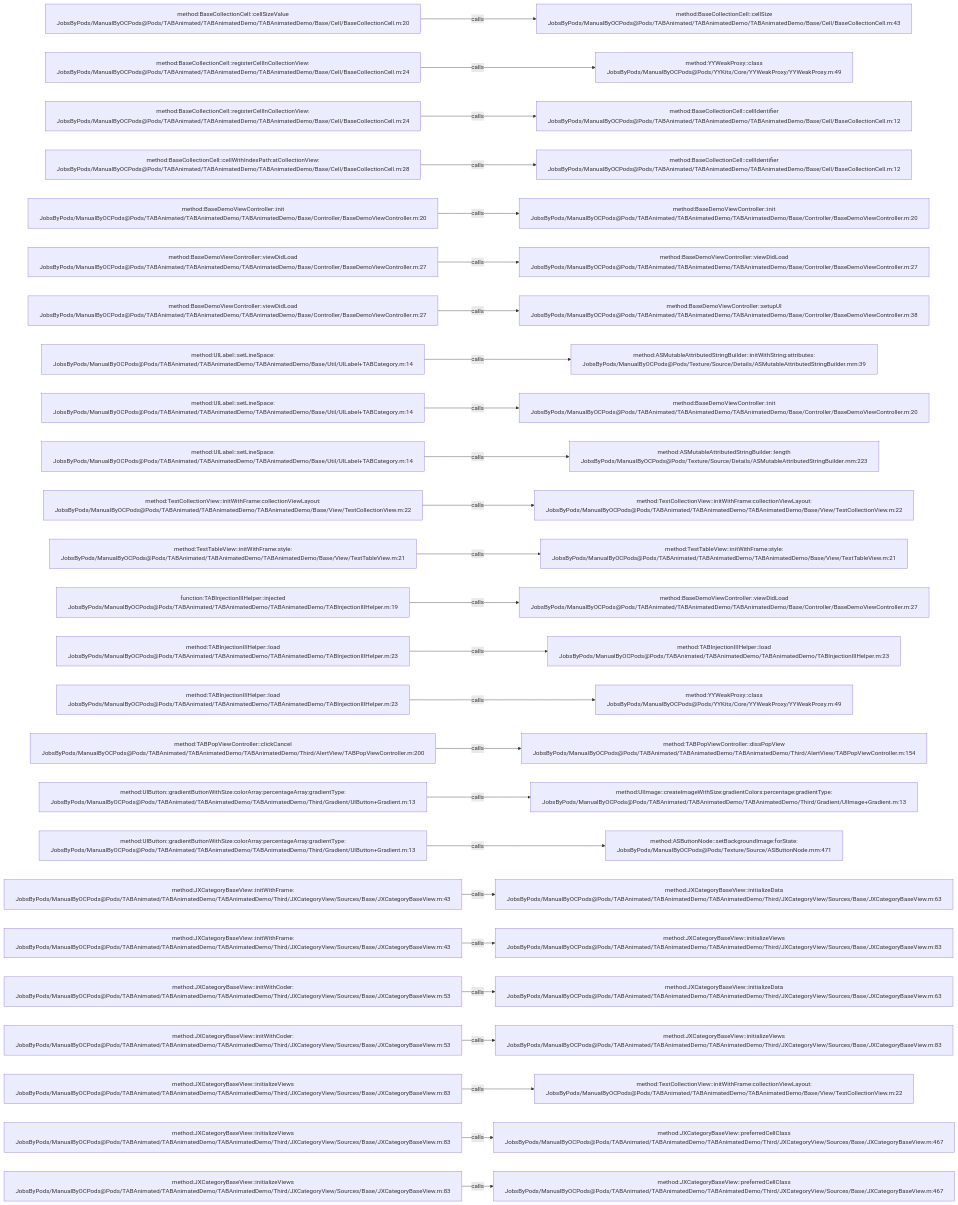
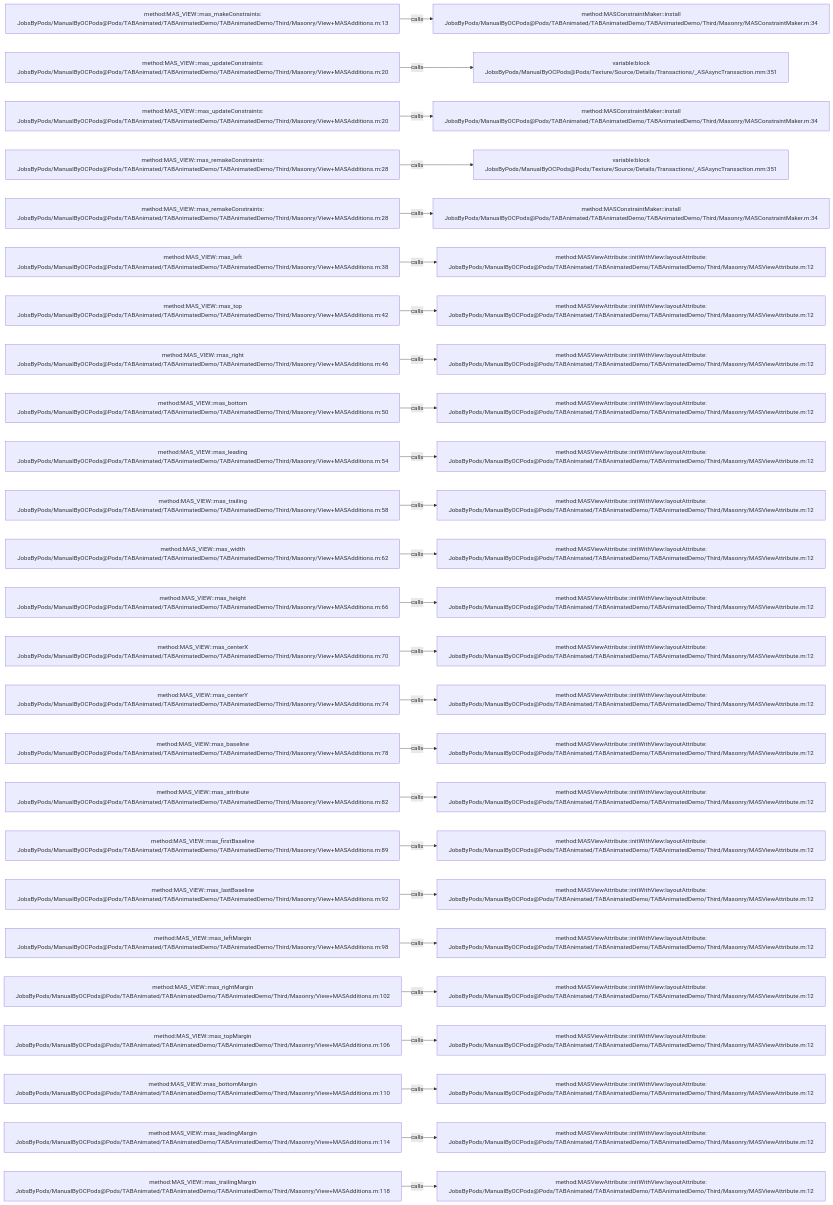
One commit to JobsKits/JobsOCBaseConfigDemo changed the diagram in .codegraph/codegraph.md/graphs/calls-048.md. Above: the diagram before and after it, drawn with Mermaid. The commit also changed 1223 other files, not shown here.

````diff
--- a/.codegraph/codegraph.md/graphs/calls-048.md
+++ b/.codegraph/codegraph.md/graphs/calls-048.md
@@ -13,78 +13,78 @@
 ```mermaid
 flowchart LR
-  S1["method:BaseCollectionCell::cellSizeValue<br/>JobsByPods/ManualByOCPods@Pods/TABAnimated/TABAnimatedDemo/TABAnimatedDemo/Base/Cell/BaseCollectionCell.m:20"]
-  T1["method:BaseCollectionCell::cellSize<br/>JobsByPods/ManualByOCPods@Pods/TABAnimated/TABAnimatedDemo/TABAnimatedDemo/Base/Cell/BaseCollectionCell.m:43"]
+  S1["method:MAS_VIEW::mas_makeConstraints:<br/>JobsByPods/ManualByOCPods@Pods/TABAnimated/TABAnimatedDemo/TABAnimatedDemo/Third/Masonry/View+MASAdditions.m:13"]
+  T1["method:MASConstraintMaker::install<br/>JobsByPods/ManualByOCPods@Pods/TABAnimated/TABAnimatedDemo/TABAnimatedDemo/Third/Masonry/MASConstraintMaker.m:34"]
   S1 -->|calls| T1
-  S2["method:BaseCollectionCell::registerCellInCollectionView:<br/>JobsByPods/ManualByOCPods@Pods/TABAnimated/TABAnimatedDemo/TABAnimatedDemo/Base/Cell/BaseCollectionCell.m:24"]
-  T2["method:YYWeakProxy::class<br/>JobsByPods/ManualByOCPods@Pods/YYKits/Core/YYWeakProxy/YYWeakProxy.m:49"]
+  S2["method:MAS_VIEW::mas_updateConstraints:<br/>JobsByPods/ManualByOCPods@Pods/TABAnimated/TABAnimatedDemo/TABAnimatedDemo/Third/Masonry/View+MASAdditions.m:20"]
+  T2["variable:block<br/>JobsByPods/ManualByOCPods@Pods/Texture/Source/Details/Transactions/_ASAsyncTransaction.mm:351"]
   S2 -->|calls| T2
-  S3["method:BaseCollectionCell::registerCellInCollectionView:<br/>JobsByPods/ManualByOCPods@Pods/TABAnimated/TABAnimatedDemo/TABAnimatedDemo/Base/Cell/BaseCollectionCell.m:24"]
-  T3["method:BaseCollectionCell::cellIdentifier<br/>JobsByPods/ManualByOCPods@Pods/TABAnimated/TABAnimatedDemo/TABAnimatedDemo/Base/Cell/BaseCollectionCell.m:12"]
+  S3["method:MAS_VIEW::mas_updateConstraints:<br/>JobsByPods/ManualByOCPods@Pods/TABAnimated/TABAnimatedDemo/TABAnimatedDemo/Third/Masonry/View+MASAdditions.m:20"]
+  T3["method:MASConstraintMaker::install<br/>JobsByPods/ManualByOCPods@Pods/TABAnimated/TABAnimatedDemo/TABAnimatedDemo/Third/Masonry/MASConstraintMaker.m:34"]
   S3 -->|calls| T3
-  S4["method:BaseCollectionCell::cellWithIndexPath:atCollectionView:<br/>JobsByPods/ManualByOCPods@Pods/TABAnimated/TABAnimatedDemo/TABAnimatedDemo/Base/Cell/BaseCollectionCell.m:28"]
-  T4["method:BaseCollectionCell::cellIdentifier<br/>JobsByPods/ManualByOCPods@Pods/TABAnimated/TABAnimatedDemo/TABAnimatedDemo/Base/Cell/BaseCollectionCell.m:12"]
+  S4["method:MAS_VIEW::mas_remakeConstraints:<br/>JobsByPods/ManualByOCPods@Pods/TABAnimated/TABAnimatedDemo/TABAnimatedDemo/Third/Masonry/View+MASAdditions.m:28"]
+  T4["variable:block<br/>JobsByPods/ManualByOCPods@Pods/Texture/Source/Details/Transactions/_ASAsyncTransaction.mm:351"]
   S4 -->|calls| T4
-  S5["method:BaseDemoViewController::init<br/>JobsByPods/ManualByOCPods@Pods/TABAnimated/TABAnimatedDemo/TABAnimatedDemo/Base/Controller/BaseDemoViewController.m:20"]
-  T5["method:BaseDemoViewController::init<br/>JobsByPods/ManualByOCPods@Pods/TABAnimated/TABAnimatedDemo/TABAnimatedDemo/Base/Controller/BaseDemoViewController.m:20"]
+  S5["method:MAS_VIEW::mas_remakeConstraints:<br/>JobsByPods/ManualByOCPods@Pods/TABAnimated/TABAnimatedDemo/TABAnimatedDemo/Third/Masonry/View+MASAdditions.m:28"]
+  T5["method:MASConstraintMaker::install<br/>JobsByPods/ManualByOCPods@Pods/TABAnimated/TABAnimatedDemo/TABAnimatedDemo/Third/Masonry/MASConstraintMaker.m:34"]
   S5 -->|calls| T5
-  S6["method:BaseDemoViewController::viewDidLoad<br/>JobsByPods/ManualByOCPods@Pods/TABAnimated/TABAnimatedDemo/TABAnimatedDemo/Base/Controller/BaseDemoViewController.m:27"]
-  T6["method:BaseDemoViewController::viewDidLoad<br/>JobsByPods/ManualByOCPods@Pods/TABAnimated/TABAnimatedDemo/TABAnimatedDemo/Base/Controller/BaseDemoViewController.m:27"]
+  S6["method:MAS_VIEW::mas_left<br/>JobsByPods/ManualByOCPods@Pods/TABAnimated/TABAnimatedDemo/TABAnimatedDemo/Third/Masonry/View+MASAdditions.m:38"]
+  T6["method:MASViewAttribute::initWithView:layoutAttribute:<br/>JobsByPods/ManualByOCPods@Pods/TABAnimated/TABAnimatedDemo/TABAnimatedDemo/Third/Masonry/MASViewAttribute.m:12"]
   S6 -->|calls| T6
-  S7["method:BaseDemoViewController::viewDidLoad<br/>JobsByPods/ManualByOCPods@Pods/TABAnimated/TABAnimatedDemo/TABAnimatedDemo/Base/Controller/BaseDemoViewController.m:27"]
-  T7["method:BaseDemoViewController::setupUI<br/>JobsByPods/ManualByOCPods@Pods/TABAnimated/TABAnimatedDemo/TABAnimatedDemo/Base/Controller/BaseDemoViewController.m:38"]
+  S7["method:MAS_VIEW::mas_top<br/>JobsByPods/ManualByOCPods@Pods/TABAnimated/TABAnimatedDemo/TABAnimatedDemo/Third/Masonry/View+MASAdditions.m:42"]
+  T7["method:MASViewAttribute::initWithView:layoutAttribute:<br/>JobsByPods/ManualByOCPods@Pods/TABAnimated/TABAnimatedDemo/TABAnimatedDemo/Third/Masonry/MASViewAttribute.m:12"]
   S7 -->|calls| T7
-  S8["method:UILabel::setLineSpace:<br/>JobsByPods/ManualByOCPods@Pods/TABAnimated/TABAnimatedDemo/TABAnimatedDemo/Base/Util/UILabel+TABCategory.m:14"]
-  T8["method:ASMutableAttributedStringBuilder::initWithString:attributes:<br/>JobsByPods/ManualByOCPods@Pods/Texture/Source/Details/ASMutableAttributedStringBuilder.mm:39"]
+  S8["method:MAS_VIEW::mas_right<br/>JobsByPods/ManualByOCPods@Pods/TABAnimated/TABAnimatedDemo/TABAnimatedDemo/Third/Masonry/View+MASAdditions.m:46"]
+  T8["method:MASViewAttribute::initWithView:layoutAttribute:<br/>JobsByPods/ManualByOCPods@Pods/TABAnimated/TABAnimatedDemo/TABAnimatedDemo/Third/Masonry/MASViewAttribute.m:12"]
   S8 -->|calls| T8
-  S9["method:UILabel::setLineSpace:<br/>JobsByPods/ManualByOCPods@Pods/TABAnimated/TABAnimatedDemo/TABAnimatedDemo/Base/Util/UILabel+TABCategory.m:14"]
-  T9["method:BaseDemoViewController::init<br/>JobsByPods/ManualByOCPods@Pods/TABAnimated/TABAnimatedDemo/TABAnimatedDemo/Base/Controller/BaseDemoViewController.m:20"]
+  S9["method:MAS_VIEW::mas_bottom<br/>JobsByPods/ManualByOCPods@Pods/TABAnimated/TABAnimatedDemo/TABAnimatedDemo/Third/Masonry/View+MASAdditions.m:50"]
+  T9["method:MASViewAttribute::initWithView:layoutAttribute:<br/>JobsByPods/ManualByOCPods@Pods/TABAnimated/TABAnimatedDemo/TABAnimatedDemo/Third/Masonry/MASViewAttribute.m:12"]
   S9 -->|calls| T9
-  S10["method:UILabel::setLineSpace:<br/>JobsByPods/ManualByOCPods@Pods/TABAnimated/TABAnimatedDemo/TABAnimatedDemo/Base/Util/UILabel+TABCategory.m:14"]
-  T10["method:ASMutableAttributedStringBuilder::length<br/>JobsByPods/ManualByOCPods@Pods/Texture/Source/Details/ASMutableAttributedStringBuilder.mm:223"]
+  S10["method:MAS_VIEW::mas_leading<br/>JobsByPods/ManualByOCPods@Pods/TABAnimated/TABAnimatedDemo/TABAnimatedDemo/Third/Masonry/View+MASAdditions.m:54"]
+  T10["method:MASViewAttribute::initWithView:layoutAttribute:<br/>JobsByPods/ManualByOCPods@Pods/TABAnimated/TABAnimatedDemo/TABAnimatedDemo/Third/Masonry/MASViewAttribute.m:12"]
   S10 -->|calls| T10
-  S11["method:TestCollectionView::initWithFrame:collectionViewLayout:<br/>JobsByPods/ManualByOCPods@Pods/TABAnimated/TABAnimatedDemo/TABAnimatedDemo/Base/View/TestCollectionView.m:22"]
-  T11["method:TestCollectionView::initWithFrame:collectionViewLayout:<br/>JobsByPods/ManualByOCPods@Pods/TABAnimated/TABAnimatedDemo/TABAnimatedDemo/Base/View/TestCollectionView.m:22"]
+  S11["method:MAS_VIEW::mas_trailing<br/>JobsByPods/ManualByOCPods@Pods/TABAnimated/TABAnimatedDemo/TABAnimatedDemo/Third/Masonry/View+MASAdditions.m:58"]
+  T11["method:MASViewAttribute::initWithView:layoutAttribute:<br/>JobsByPods/ManualByOCPods@Pods/TABAnimated/TABAnimatedDemo/TABAnimatedDemo/Third/Masonry/MASViewAttribute.m:12"]
   S11 -->|calls| T11
-  S12["method:TestTableView::initWithFrame:style:<br/>JobsByPods/ManualByOCPods@Pods/TABAnimated/TABAnimatedDemo/TABAnimatedDemo/Base/View/TestTableView.m:21"]
-  T12["method:TestTableView::initWithFrame:style:<br/>JobsByPods/ManualByOCPods@Pods/TABAnimated/TABAnimatedDemo/TABAnimatedDemo/Base/View/TestTableView.m:21"]
+  S12["method:MAS_VIEW::mas_width<br/>JobsByPods/ManualByOCPods@Pods/TABAnimated/TABAnimatedDemo/TABAnimatedDemo/Third/Masonry/View+MASAdditions.m:62"]
+  T12["method:MASViewAttribute::initWithView:layoutAttribute:<br/>JobsByPods/ManualByOCPods@Pods/TABAnimated/TABAnimatedDemo/TABAnimatedDemo/Third/Masonry/MASViewAttribute.m:12"]
   S12 -->|calls| T12
-  S13["function:TABInjectionIIIHelper::injected<br/>JobsByPods/ManualByOCPods@Pods/TABAnimated/TABAnimatedDemo/TABAnimatedDemo/TABInjectionIIIHelper.m:19"]
-  T13["method:BaseDemoViewController::viewDidLoad<br/>JobsByPods/ManualByOCPods@Pods/TABAnimated/TABAnimatedDemo/TABAnimatedDemo/Base/Controller/BaseDemoViewController.m:27"]
+  S13["method:MAS_VIEW::mas_height<br/>JobsByPods/ManualByOCPods@Pods/TABAnimated/TABAnimatedDemo/TABAnimatedDemo/Third/Masonry/View+MASAdditions.m:66"]
+  T13["method:MASViewAttribute::initWithView:layoutAttribute:<br/>JobsByPods/ManualByOCPods@Pods/TABAnimated/TABAnimatedDemo/TABAnimatedDemo/Third/Masonry/MASViewAttribute.m:12"]
   S13 -->|calls| T13
-  S14["method:TABInjectionIIIHelper::load<br/>JobsByPods/ManualByOCPods@Pods/TABAnimated/TABAnimatedDemo/TABAnimatedDemo/TABInjectionIIIHelper.m:23"]
-  T14["method:TABInjectionIIIHelper::load<br/>JobsByPods/ManualByOCPods@Pods/TABAnimated/TABAnimatedDemo/TABAnimatedDemo/TABInjectionIIIHelper.m:23"]
+  S14["method:MAS_VIEW::mas_centerX<br/>JobsByPods/ManualByOCPods@Pods/TABAnimated/TABAnimatedDemo/TABAnimatedDemo/Third/Masonry/View+MASAdditions.m:70"]
+  T14["method:MASViewAttribute::initWithView:layoutAttribute:<br/>JobsByPods/ManualByOCPods@Pods/TABAnimated/TABAnimatedDemo/TABAnimatedDemo/Third/Masonry/MASViewAttribute.m:12"]
   S14 -->|calls| T14
-  S15["method:TABInjectionIIIHelper::load<br/>JobsByPods/ManualByOCPods@Pods/TABAnimated/TABAnimatedDemo/TABAnimatedDemo/TABInjectionIIIHelper.m:23"]
-  T15["method:YYWeakProxy::class<br/>JobsByPods/ManualByOCPods@Pods/YYKits/Core/YYWeakProxy/YYWeakProxy.m:49"]
+  S15["method:MAS_VIEW::mas_centerY<br/>JobsByPods/ManualByOCPods@Pods/TABAnimated/TABAnimatedDemo/TABAnimatedDemo/Third/Masonry/View+MASAdditions.m:74"]
+  T15["method:MASViewAttribute::initWithView:layoutAttribute:<br/>JobsByPods/ManualByOCPods@Pods/TABAnimated/TABAnimatedDemo/TABAnimatedDemo/Third/Masonry/MASViewAttribute.m:12"]
   S15 -->|calls| T15
-  S16["method:TABPopViewController::clickCancel<br/>JobsByPods/ManualByOCPods@Pods/TABAnimated/TABAnimatedDemo/TABAnimatedDemo/Third/AlertView/TABPopViewController.m:200"]
-  T16["method:TABPopViewController::dissPopView<br/>JobsByPods/ManualByOCPods@Pods/TABAnimated/TABAnimatedDemo/TABAnimatedDemo/Third/AlertView/TABPopViewController.m:154"]
+  S16["method:MAS_VIEW::mas_baseline<br/>JobsByPods/ManualByOCPods@Pods/TABAnimated/TABAnimatedDemo/TABAnimatedDemo/Third/Masonry/View+MASAdditions.m:78"]
+  T16["method:MASViewAttribute::initWithView:layoutAttribute:<br/>JobsByPods/ManualByOCPods@Pods/TABAnimated/TABAnimatedDemo/TABAnimatedDemo/Third/Masonry/MASViewAttribute.m:12"]
   S16 -->|calls| T16
-  S17["method:UIButton::gradientButtonWithSize:colorArray:percentageArray:gradientType:<br/>JobsByPods/ManualByOCPods@Pods/TABAnimated/TABAnimatedDemo/TABAnimatedDemo/Third/Gradient/UIButton+Gradient.m:13"]
-  T17["method:UIImage::createImageWithSize:gradientColors:percentage:gradientType:<br/>JobsByPods/ManualByOCPods@Pods/TABAnimated/TABAnimatedDemo/TABAnimatedDemo/Third/Gradient/UIImage+Gradient.m:13"]
+  S17["method:MAS_VIEW::mas_attribute<br/>JobsByPods/ManualByOCPods@Pods/TABAnimated/TABAnimatedDemo/TABAnimatedDemo/Third/Masonry/View+MASAdditions.m:82"]
+  T17["method:MASViewAttribute::initWithView:layoutAttribute:<br/>JobsByPods/ManualByOCPods@Pods/TABAnimated/TABAnimatedDemo/TABAnimatedDemo/Third/Masonry/MASViewAttribute.m:12"]
   S17 -->|calls| T17
-  S18["method:UIButton::gradientButtonWithSize:colorArray:percentageArray:gradientType:<br/>JobsByPods/ManualByOCPods@Pods/TABAnimated/TABAnimatedDemo/TABAnimatedDemo/Third/Gradient/UIButton+Gradient.m:13"]
-  T18["method:ASButtonNode::setBackgroundImage:forState:<br/>JobsByPods/ManualByOCPods@Pods/Texture/Source/ASButtonNode.mm:471"]
+  S18["method:MAS_VIEW::mas_firstBaseline<br/>JobsByPods/ManualByOCPods@Pods/TABAnimated/TABAnimatedDemo/TABAnimatedDemo/Third/Masonry/View+MASAdditions.m:89"]
+  T18["method:MASViewAttribute::initWithView:layoutAttribute:<br/>JobsByPods/ManualByOCPods@Pods/TABAnimated/TABAnimatedDemo/TABAnimatedDemo/Third/Masonry/MASViewAttribute.m:12"]
   S18 -->|calls| T18
-  S19["method:JXCategoryBaseView::initWithFrame:<br/>JobsByPods/ManualByOCPods@Pods/TABAnimated/TABAnimatedDemo/TABAnimatedDemo/Third/JXCategoryView/Sources/Base/JXCategoryBaseView.m:43"]
-  T19["method:JXCategoryBaseView::initializeData<br/>JobsByPods/ManualByOCPods@Pods/TABAnimated/TABAnimatedDemo/TABAnimatedDemo/Third/JXCategoryView/Sources/Base/JXCategoryBaseView.m:63"]
+  S19["method:MAS_VIEW::mas_lastBaseline<br/>JobsByPods/ManualByOCPods@Pods/TABAnimated/TABAnimatedDemo/TABAnimatedDemo/Third/Masonry/View+MASAdditions.m:92"]
+  T19["method:MASViewAttribute::initWithView:layoutAttribute:<br/>JobsByPods/ManualByOCPods@Pods/TABAnimated/TABAnimatedDemo/TABAnimatedDemo/Third/Masonry/MASViewAttribute.m:12"]
   S19 -->|calls| T19
-  S20["method:JXCategoryBaseView::initWithFrame:<br/>JobsByPods/ManualByOCPods@Pods/TABAnimated/TABAnimatedDemo/TABAnimatedDemo/Third/JXCategoryView/Sources/Base/JXCategoryBaseView.m:43"]
-  T20["method:JXCategoryBaseView::initializeViews<br/>JobsByPods/ManualByOCPods@Pods/TABAnimated/TABAnimatedDemo/TABAnimatedDemo/Third/JXCategoryView/Sources/Base/JXCategoryBaseView.m:83"]
+  S20["method:MAS_VIEW::mas_leftMargin<br/>JobsByPods/ManualByOCPods@Pods/TABAnimated/TABAnimatedDemo/TABAnimatedDemo/Third/Masonry/View+MASAdditions.m:98"]
+  T20["method:MASViewAttribute::initWithView:layoutAttribute:<br/>JobsByPods/ManualByOCPods@Pods/TABAnimated/TABAnimatedDemo/TABAnimatedDemo/Third/Masonry/MASViewAttribute.m:12"]
   S20 -->|calls| T20
-  S21["method:JXCategoryBaseView::initWithCoder:<br/>JobsByPods/ManualByOCPods@Pods/TABAnimated/TABAnimatedDemo/TABAnimatedDemo/Third/JXCategoryView/Sources/Base/JXCategoryBaseView.m:53"]
-  T21["method:JXCategoryBaseView::initializeData<br/>JobsByPods/ManualByOCPods@Pods/TABAnimated/TABAnimatedDemo/TABAnimatedDemo/Third/JXCategoryView/Sources/Base/JXCategoryBaseView.m:63"]
+  S21["method:MAS_VIEW::mas_rightMargin<br/>JobsByPods/ManualByOCPods@Pods/TABAnimated/TABAnimatedDemo/TABAnimatedDemo/Third/Masonry/View+MASAdditions.m:102"]
+  T21["method:MASViewAttribute::initWithView:layoutAttribute:<br/>JobsByPods/ManualByOCPods@Pods/TABAnimated/TABAnimatedDemo/TABAnimatedDemo/Third/Masonry/MASViewAttribute.m:12"]
   S21 -->|calls| T21
-  S22["method:JXCategoryBaseView::initWithCoder:<br/>JobsByPods/ManualByOCPods@Pods/TABAnimated/TABAnimatedDemo/TABAnimatedDemo/Third/JXCategoryView/Sources/Base/JXCategoryBaseView.m:53"]
-  T22["method:JXCategoryBaseView::initializeViews<br/>JobsByPods/ManualByOCPods@Pods/TABAnimated/TABAnimatedDemo/TABAnimatedDemo/Third/JXCategoryView/Sources/Base/JXCategoryBaseView.m:83"]
+  S22["method:MAS_VIEW::mas_topMargin<br/>JobsByPods/ManualByOCPods@Pods/TABAnimated/TABAnimatedDemo/TABAnimatedDemo/Third/Masonry/View+MASAdditions.m:106"]
+  T22["method:MASViewAttribute::initWithView:layoutAttribute:<br/>JobsByPods/ManualByOCPods@Pods/TABAnimated/TABAnimatedDemo/TABAnimatedDemo/Third/Masonry/MASViewAttribute.m:12"]
   S22 -->|calls| T22
-  S23["method:JXCategoryBaseView::initializeViews<br/>JobsByPods/ManualByOCPods@Pods/TABAnimated/TABAnimatedDemo/TABAnimatedDemo/Third/JXCategoryView/Sources/Base/JXCategoryBaseView.m:83"]
-  T23["method:TestCollectionView::initWithFrame:collectionViewLayout:<br/>JobsByPods/ManualByOCPods@Pods/TABAnimated/TABAnimatedDemo/TABAnimatedDemo/Base/View/TestCollectionView.m:22"]
+  S23["method:MAS_VIEW::mas_bottomMargin<br/>JobsByPods/ManualByOCPods@Pods/TABAnimated/TABAnimatedDemo/TABAnimatedDemo/Third/Masonry/View+MASAdditions.m:110"]
+  T23["method:MASViewAttribute::initWithView:layoutAttribute:<br/>JobsByPods/ManualByOCPods@Pods/TABAnimated/TABAnimatedDemo/TABAnimatedDemo/Third/Masonry/MASViewAttribute.m:12"]
   S23 -->|calls| T23
-  S24["method:JXCategoryBaseView::initializeViews<br/>JobsByPods/ManualByOCPods@Pods/TABAnimated/TABAnimatedDemo/TABAnimatedDemo/Third/JXCategoryView/Sources/Base/JXCategoryBaseView.m:83"]
-  T24["method:JXCategoryBaseView::preferredCellClass<br/>JobsByPods/ManualByOCPods@Pods/TABAnimated/TABAnimatedDemo/TABAnimatedDemo/Third/JXCategoryView/Sources/Base/JXCategoryBaseView.m:467"]
+  S24["method:MAS_VIEW::mas_leadingMargin<br/>JobsByPods/ManualByOCPods@Pods/TABAnimated/TABAnimatedDemo/TABAnimatedDemo/Third/Masonry/View+MASAdditions.m:114"]
+  T24["method:MASViewAttribute::initWithView:layoutAttribute:<br/>JobsByPods/ManualByOCPods@Pods/TABAnimated/TABAnimatedDemo/TABAnimatedDemo/Third/Masonry/MASViewAttribute.m:12"]
   S24 -->|calls| T24
-  S25["method:JXCategoryBaseView::initializeViews<br/>JobsByPods/ManualByOCPods@Pods/TABAnimated/TABAnimatedDemo/TABAnimatedDemo/Third/JXCategoryView/Sources/Base/JXCategoryBaseView.m:83"]
-  T25["method:JXCategoryBaseView::preferredCellClass<br/>JobsByPods/ManualByOCPods@Pods/TABAnimated/TABAnimatedDemo/TABAnimatedDemo/Third/JXCategoryView/Sources/Base/JXCategoryBaseView.m:467"]
+  S25["method:MAS_VIEW::mas_trailingMargin<br/>JobsByPods/ManualByOCPods@Pods/TABAnimated/TABAnimatedDemo/TABAnimatedDemo/Third/Masonry/View+MASAdditions.m:118"]
+  T25["method:MASViewAttribute::initWithView:layoutAttribute:<br/>JobsByPods/ManualByOCPods@Pods/TABAnimated/TABAnimatedDemo/TABAnimatedDemo/Third/Masonry/MASViewAttribute.m:12"]
   S25 -->|calls| T25
 ```
````
